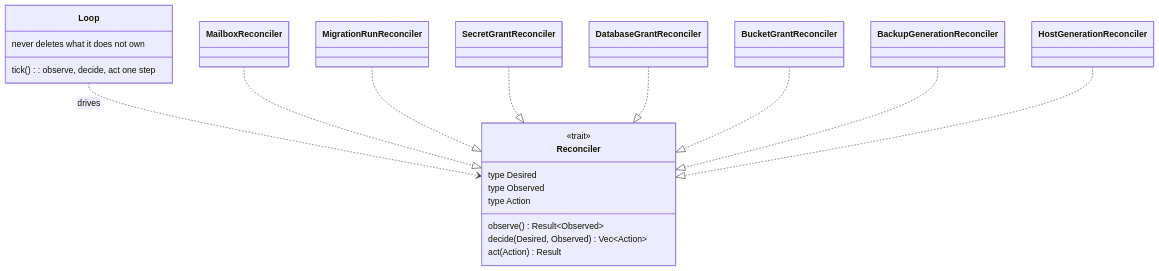
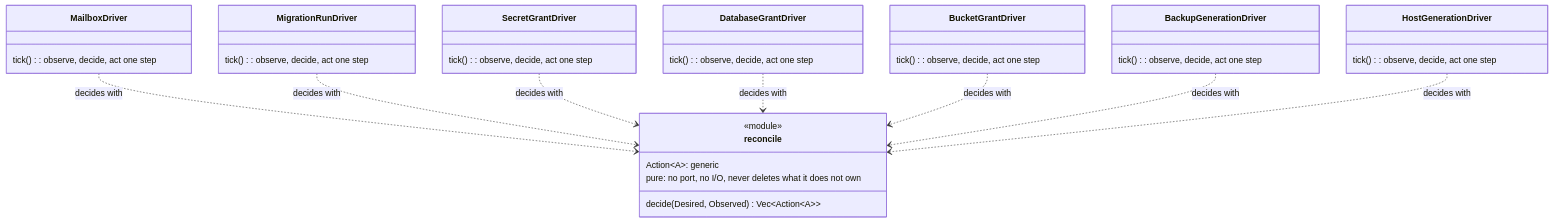
One commit to JorisJonkers-dev/estate-kit changed the diagram in docs/diagrams/raw/rust-reconcile.mmd. Above: the diagram before and after it, drawn with Mermaid. The commit also changed 45 other files, not shown here.

```diff
--- a/docs/diagrams/raw/rust-reconcile.mmd
+++ b/docs/diagrams/raw/rust-reconcile.mmd
@@ -1,40 +1,39 @@
-%% title: Rust: the reconcile loop every component and the host applier share
+%% title: Rust: one pure decide step in foundation, one driver in each application crate
 classDiagram
     direction TB
-    class Reconciler {
-        <<trait>>
-        type Desired
-        type Observed
-        type Action
-        observe() Result#lt;Observed#gt;
-        decide(Desired, Observed) Vec#lt;Action#gt;
-        act(Action) Result
+    class reconcile {
+        <<module>>
+        decide(Desired, Observed) Vec#lt;Action#lt;A#gt;#gt;
+        Action#lt;A#gt;: generic
+        pure: no port, no I/O, never deletes what it does not own
     }
-    class Loop {
+    class MailboxDriver {
         tick(): observe, decide, act one step
-        never deletes what it does not own
     }
-    class MailboxReconciler {
+    class MigrationRunDriver {
+        tick(): observe, decide, act one step
     }
-    class MigrationRunReconciler {
+    class SecretGrantDriver {
+        tick(): observe, decide, act one step
     }
-    class SecretGrantReconciler {
+    class DatabaseGrantDriver {
+        tick(): observe, decide, act one step
     }
-    class DatabaseGrantReconciler {
+    class BucketGrantDriver {
+        tick(): observe, decide, act one step
     }
-    class BucketGrantReconciler {
+    class BackupGenerationDriver {
+        tick(): observe, decide, act one step
     }
-    class BackupGenerationReconciler {
+    class HostGenerationDriver {
+        tick(): observe, decide, act one step
     }
-    class HostGenerationReconciler {
-    }
-    Loop ..> Reconciler : drives
-    MailboxReconciler ..|> Reconciler
-    MigrationRunReconciler ..|> Reconciler
-    SecretGrantReconciler ..|> Reconciler
-    DatabaseGrantReconciler ..|> Reconciler
-    BucketGrantReconciler ..|> Reconciler
-    BackupGenerationReconciler ..|> Reconciler
-    HostGenerationReconciler ..|> Reconciler
+    MailboxDriver ..> reconcile : decides with
+    MigrationRunDriver ..> reconcile : decides with
+    SecretGrantDriver ..> reconcile : decides with
+    DatabaseGrantDriver ..> reconcile : decides with
+    BucketGrantDriver ..> reconcile : decides with
+    BackupGenerationDriver ..> reconcile : decides with
+    HostGenerationDriver ..> reconcile : decides with
     classDef accent fill:#0000a1,stroke:#0000b1
-    class Reconciler:::accent
+    class reconcile:::accent
```
